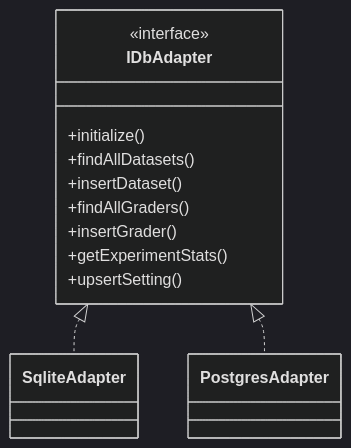
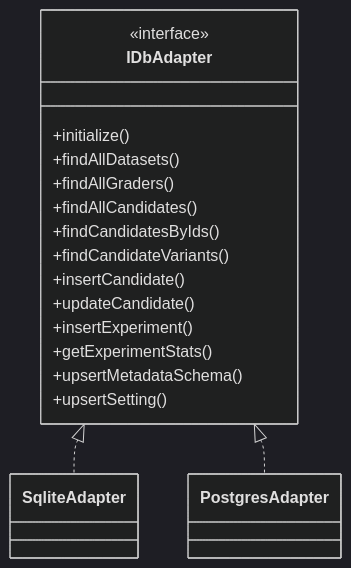
One commit to jddunn/full-stack-eval-harness changed the second of 7 diagrams in ARCHITECTURE.md. Above: the diagram before and after it, drawn with Mermaid (dark theme). The commit also changed other lines of this file and 1 other file, not shown here.

Commit message:
update docs for candidates, multi-model, and injection testing

````diff
--- a/ARCHITECTURE.md
+++ b/ARCHITECTURE.md
@@ -37,16 +40,21 @@
 ```mermaid
 classDiagram
     class IDbAdapter {
         <<interface>>
         +initialize()
         +findAllDatasets()
-        +insertDataset()
         +findAllGraders()
-        +insertGrader()
+        +findAllCandidates()
+        +findCandidatesByIds()
+        +findCandidateVariants()
+        +insertCandidate()
+        +updateCandidate()
+        +insertExperiment()
         +getExperimentStats()
+        +upsertMetadataSchema()
         +upsertSetting()
     }
 
     IDbAdapter <|.. SqliteAdapter
     IDbAdapter <|.. PostgresAdapter
 ```
````
